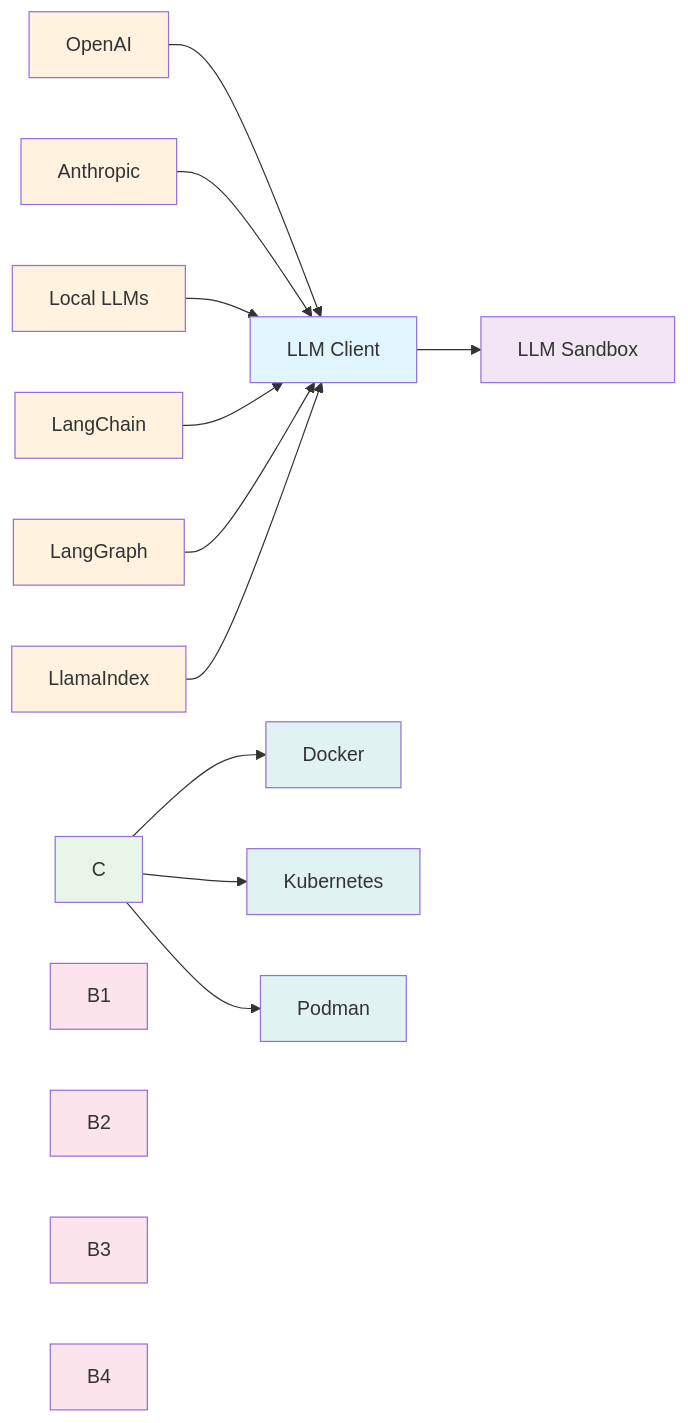
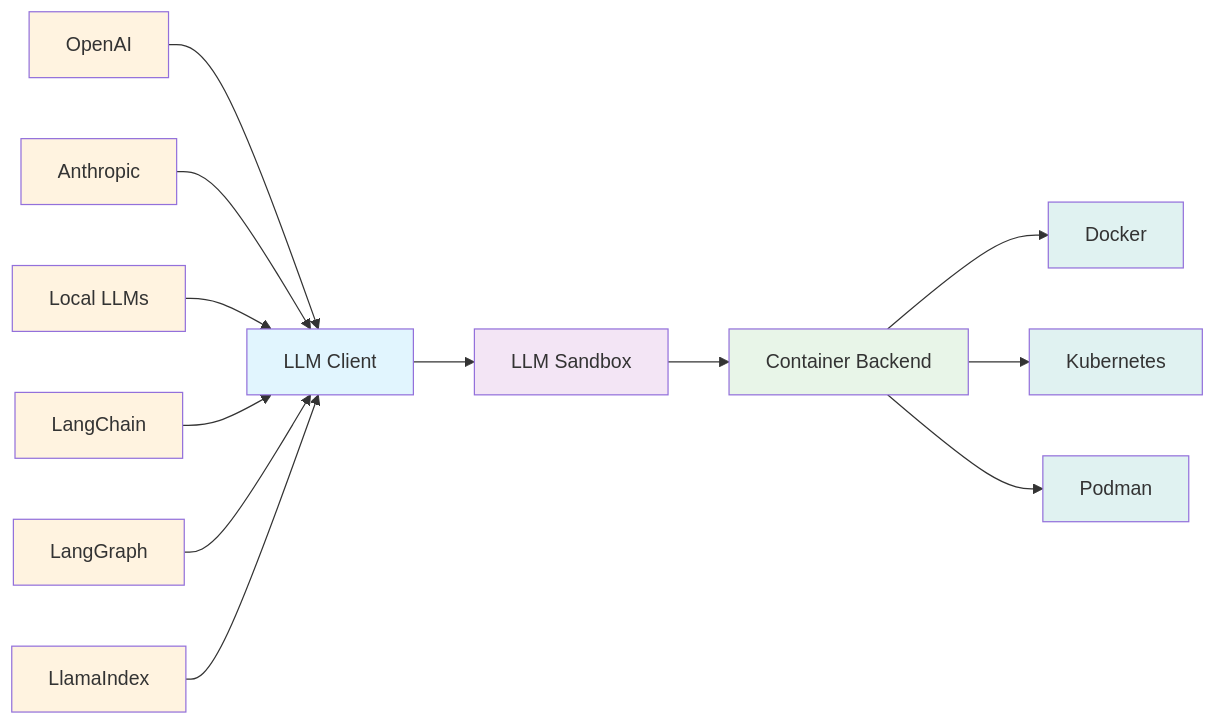
Before and after one commit to vndee/llm-sandbox: the diagram in README.md, drawn with Mermaid. The commit also changed other lines of this file, not shown here.

Commit message:
docs: update architecture section in README.md to improve clarity and add container backend

````diff
--- a/README.md
+++ b/README.md
@@ -378,32 +378,29 @@
 ```mermaid
 graph LR
     A[LLM Client] --> B[LLM Sandbox]
+    B --> C[Container Backend]
 
     A1[OpenAI] --> A
     A2[Anthropic] --> A
     A3[Local LLMs] --> A
     A4[LangChain] --> A
     A5[LangGraph] --> A
     A6[LlamaIndex] --> A
 
     C --> C1[Docker]
     C --> C2[Kubernetes]
     C --> C3[Podman]
 
     style A fill:#e1f5fe
     style B fill:#f3e5f5
     style C fill:#e8f5e8
     style A1 fill:#fff3e0
     style A2 fill:#fff3e0
     style A3 fill:#fff3e0
     style A4 fill:#fff3e0
     style A5 fill:#fff3e0
     style A6 fill:#fff3e0
-    style B1 fill:#fce4ec
-    style B2 fill:#fce4ec
-    style B3 fill:#fce4ec
-    style B4 fill:#fce4ec
     style C1 fill:#e0f2f1
     style C2 fill:#e0f2f1
     style C3 fill:#e0f2f1
 ```
````
